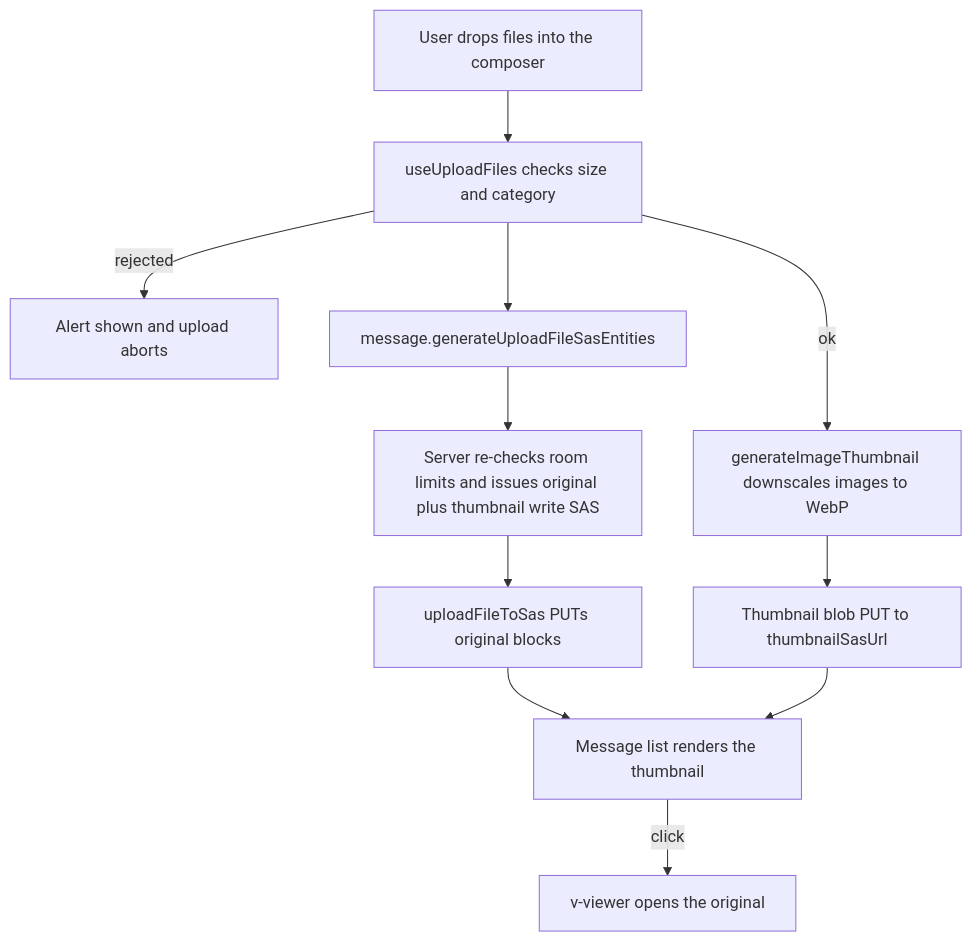
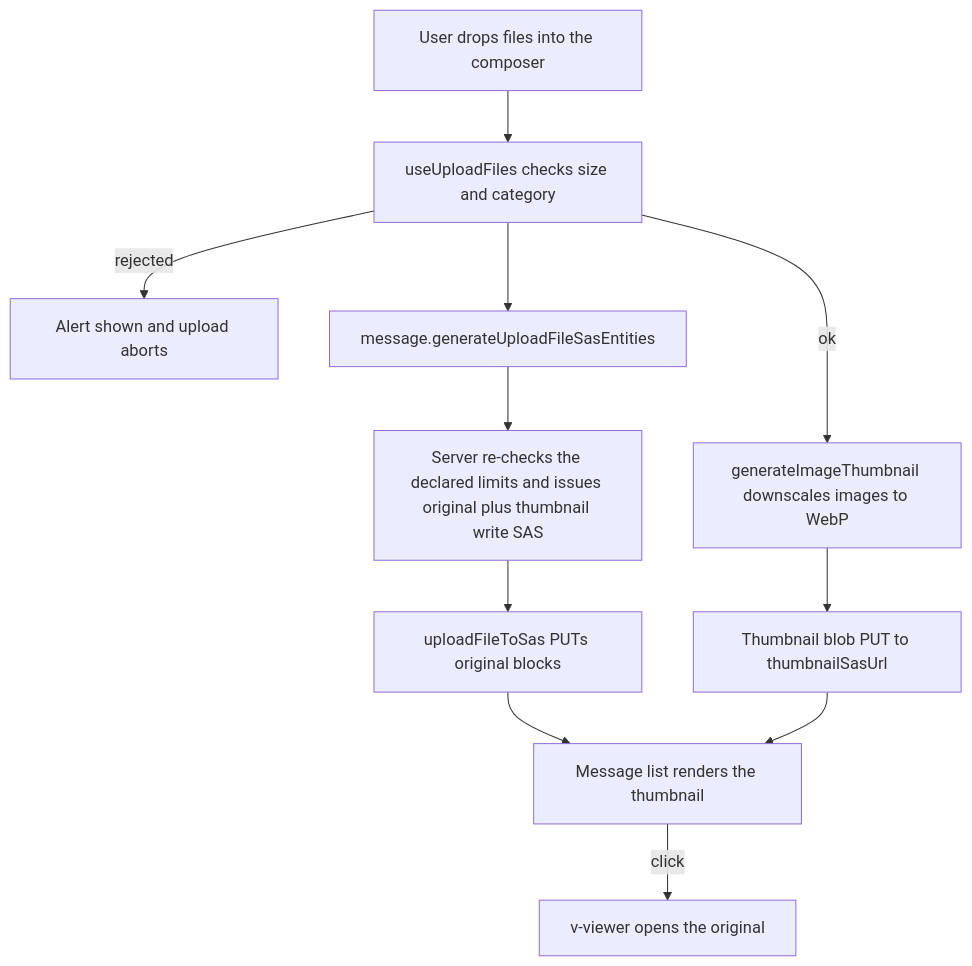
The diagram in packages/app/content/docs/esbabbler/file-media.md (Esposter/Esposter), drawn with Mermaid before and after one commit. The commit also changed other lines of this file and 122 other files, not shown here.

````diff
--- a/packages/app/content/docs/esbabbler/file-media.md
+++ b/packages/app/content/docs/esbabbler/file-media.md
@@ -20,13 +27,13 @@
 ```mermaid
 flowchart TD
   drop[User drops files into the composer] --> validate[useUploadFiles checks size and category]
   validate -->|rejected| alert[Alert shown and upload aborts]
   validate -->|ok| thumb[generateImageThumbnail downscales images to WebP]
   validate --> sas[message.generateUploadFileSasEntities]
-  sas --> enforce[Server re-checks room limits and issues original plus thumbnail write SAS]
+  sas --> enforce[Server re-checks the declared limits and issues original plus thumbnail write SAS]
   enforce --> upload[uploadFileToSas PUTs original blocks]
   thumb --> upthumb[Thumbnail blob PUT to thumbnailSasUrl]
   upload --> render[Message list renders the thumbnail]
   upthumb --> render
   render -->|click| lightbox[v-viewer opens the original]
 ```
````
